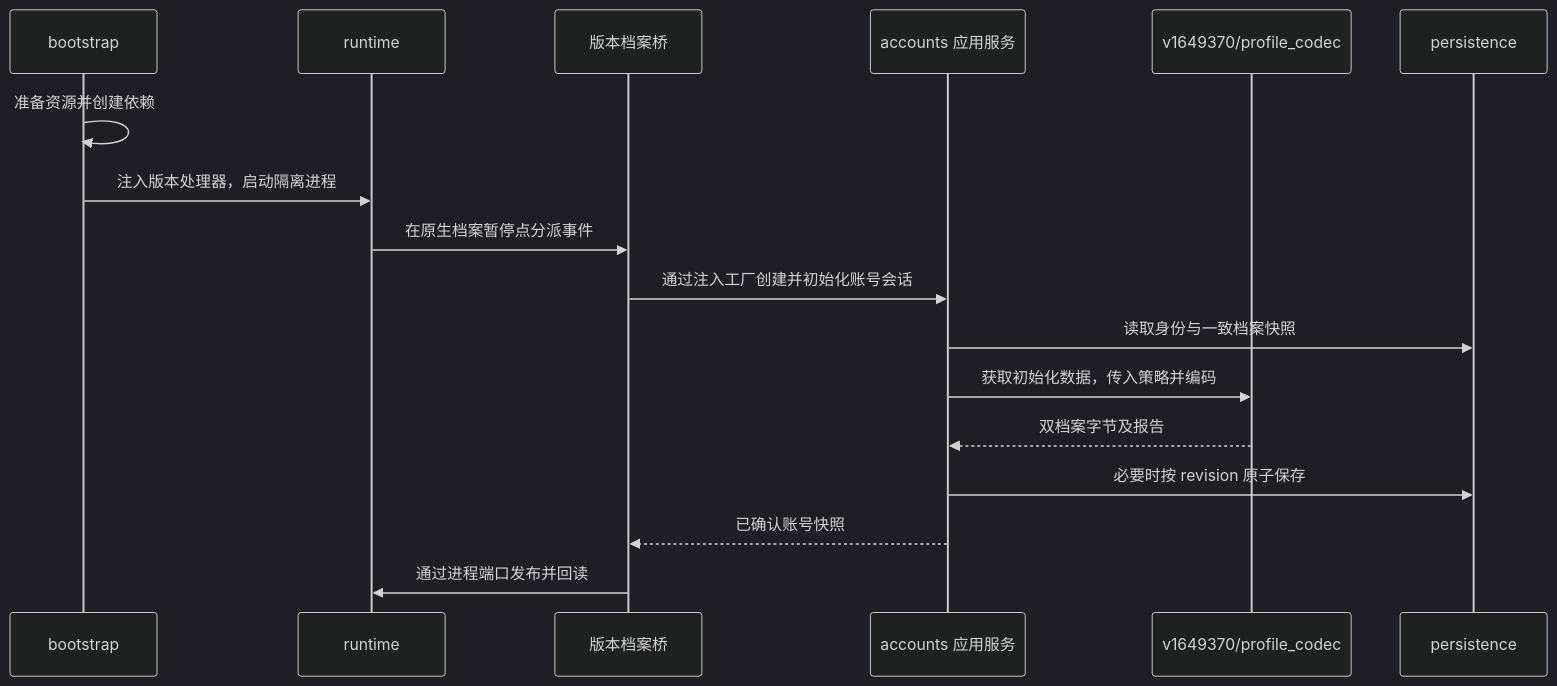
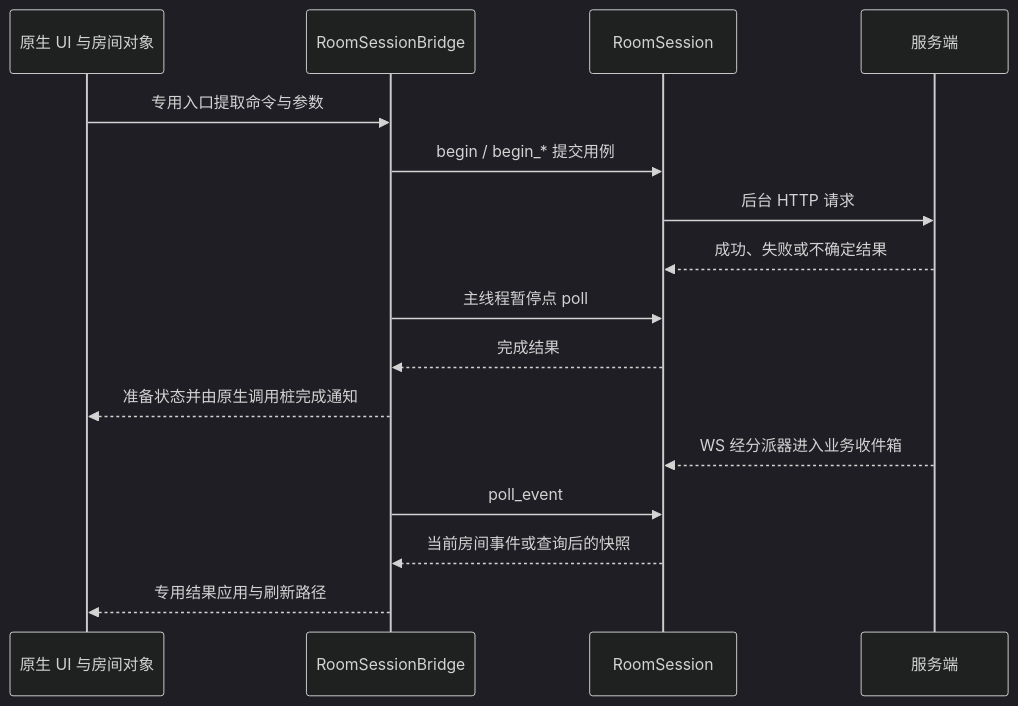
Before and after one commit to BeingIsA/Welcome_CODOL_Client: the third of 3 diagrams in docs/架构设计.md, drawn with Mermaid (dark theme). The commit also changed other lines of this file and 1 other file, not shown here.

````diff
--- a/docs/架构设计.md
+++ b/docs/架构设计.md
@@ -242,19 +179,18 @@
 ```mermaid
 sequenceDiagram
-    participant B as bootstrap
-    participant R as runtime
-    participant G as 版本档案桥
-    participant A as accounts 应用服务
-    participant F as v1649370/profile_codec
-    participant S as persistence
-    B->>B: 准备资源并创建依赖
-    B->>R: 注入版本处理器，启动隔离进程
-    R->>G: 在原生档案暂停点分派事件
-    G->>A: 通过注入工厂创建并初始化账号会话
-    A->>S: 读取身份与一致档案快照
-    A->>F: 获取初始化数据，传入策略并编码
-    F-->>A: 双档案字节及报告
-    A->>S: 必要时按 revision 原子保存
-    A-->>G: 已确认账号快照
-    G->>R: 通过进程端口发布并回读
+    participant N as 原生 UI 与房间对象
+    participant G as RoomSessionBridge
+    participant A as RoomSession
+    participant S as 服务端
+    N->>G: 专用入口提取命令与参数
+    G->>A: begin / begin_* 提交用例
+    A->>S: 后台 HTTP 请求
+    S-->>A: 成功、失败或不确定结果
+    G->>A: 主线程暂停点 poll
+    A-->>G: 完成结果
+    G-->>N: 准备状态并由原生调用桩完成通知
+    S-->>A: WS 经分派器进入业务收件箱
+    G->>A: poll_event
+    A-->>G: 当前房间事件或查询后的快照
+    G-->>N: 专用结果应用与刷新路径
 ```
````
